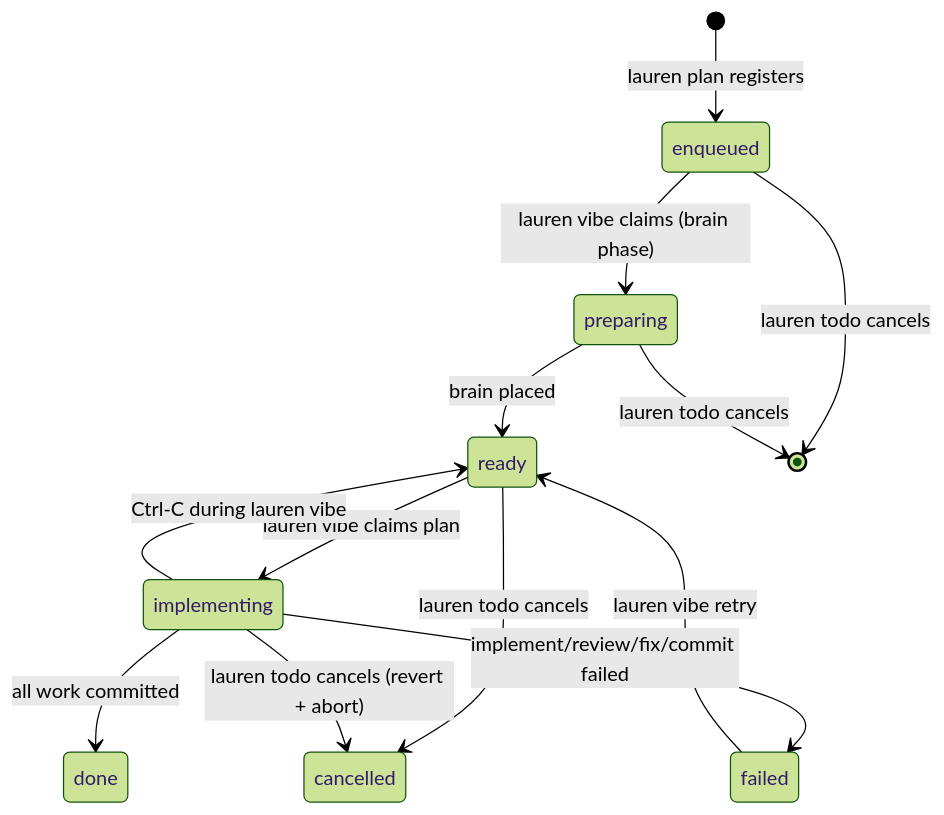
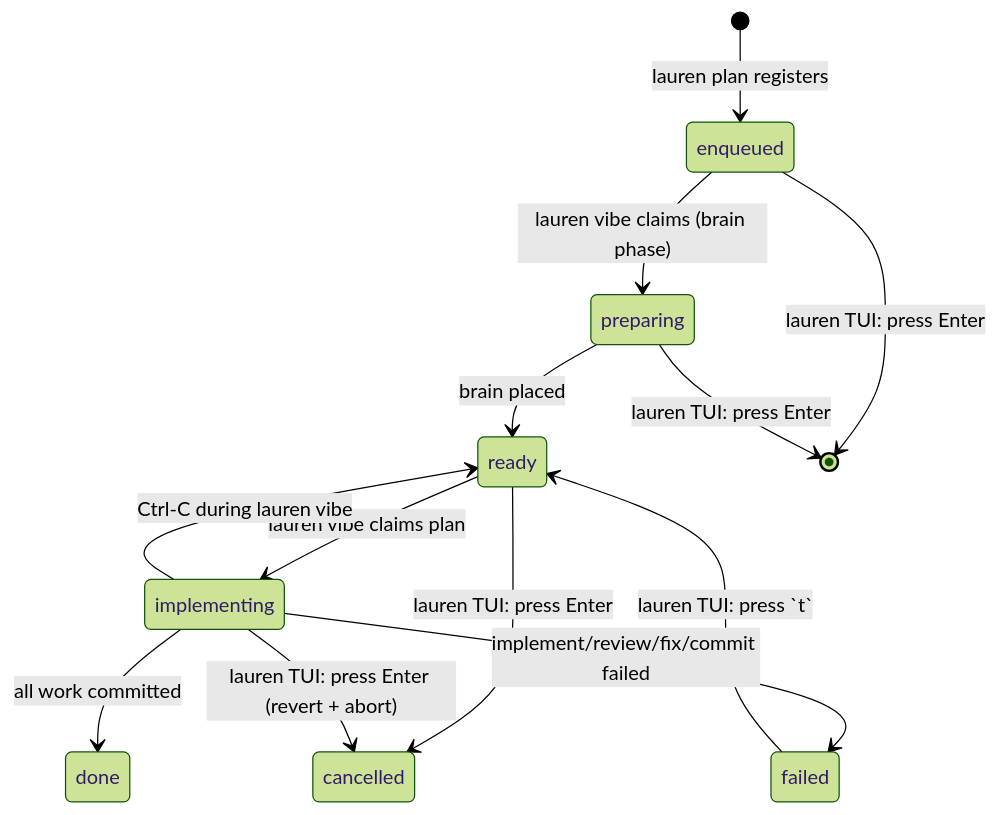
Before and after one commit to ofux/lauren: the second of 3 diagrams in README.md, drawn with Mermaid (forest theme). The commit also changed other lines of this file and 32 other files, not shown here.

````diff
--- a/README.md
+++ b/README.md
@@ -125,15 +133,15 @@
 ```mermaid
 stateDiagram-v2
   [*] --> enqueued: lauren plan registers
   enqueued --> preparing: lauren vibe claims (brain phase)
   preparing --> ready: brain placed
   ready --> implementing: lauren vibe claims plan
   implementing --> done: all work committed
   implementing --> failed: implement/review/fix/commit failed
-  failed --> ready: lauren vibe retry <slug>
+  failed --> ready: lauren TUI: press `t`
   implementing --> ready: Ctrl-C during lauren vibe
-  enqueued --> [*]: lauren todo cancels
-  preparing --> [*]: lauren todo cancels
-  ready --> cancelled: lauren todo cancels
-  implementing --> cancelled: lauren todo cancels (revert + abort)
+  enqueued --> [*]: lauren TUI: press Enter
+  preparing --> [*]: lauren TUI: press Enter
+  ready --> cancelled: lauren TUI: press Enter
+  implementing --> cancelled: lauren TUI: press Enter (revert + abort)
 ```
````
